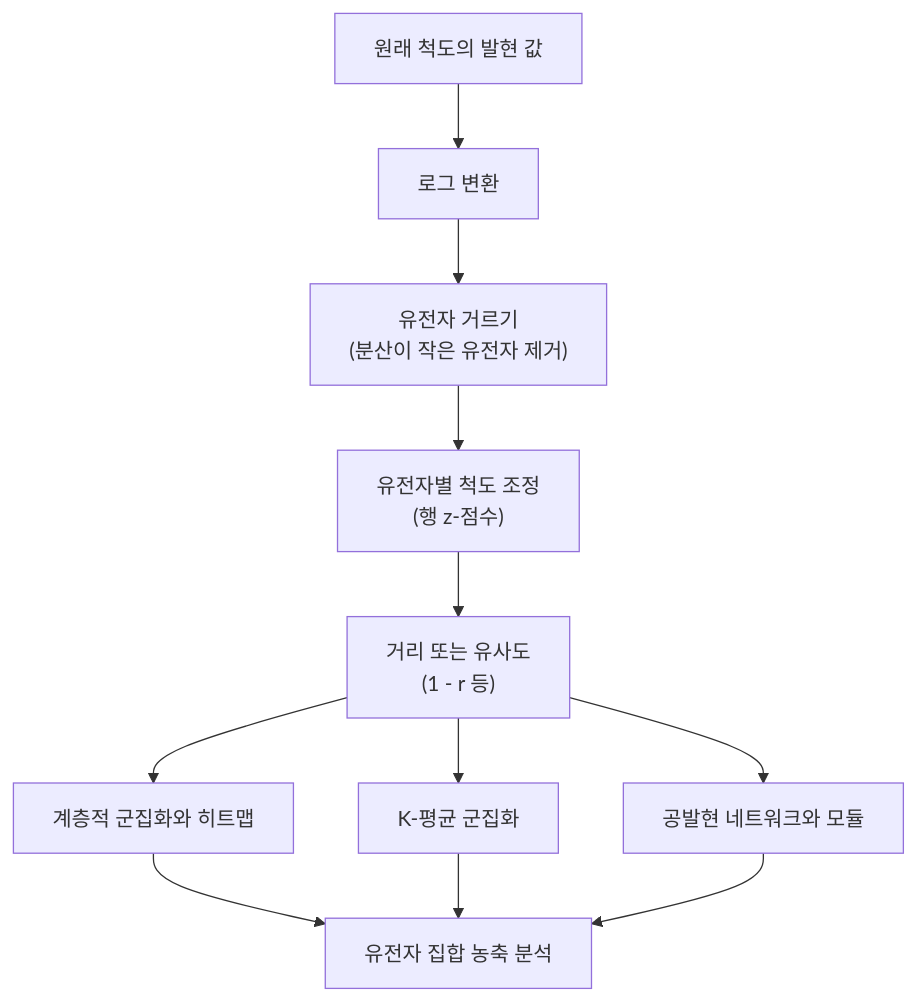
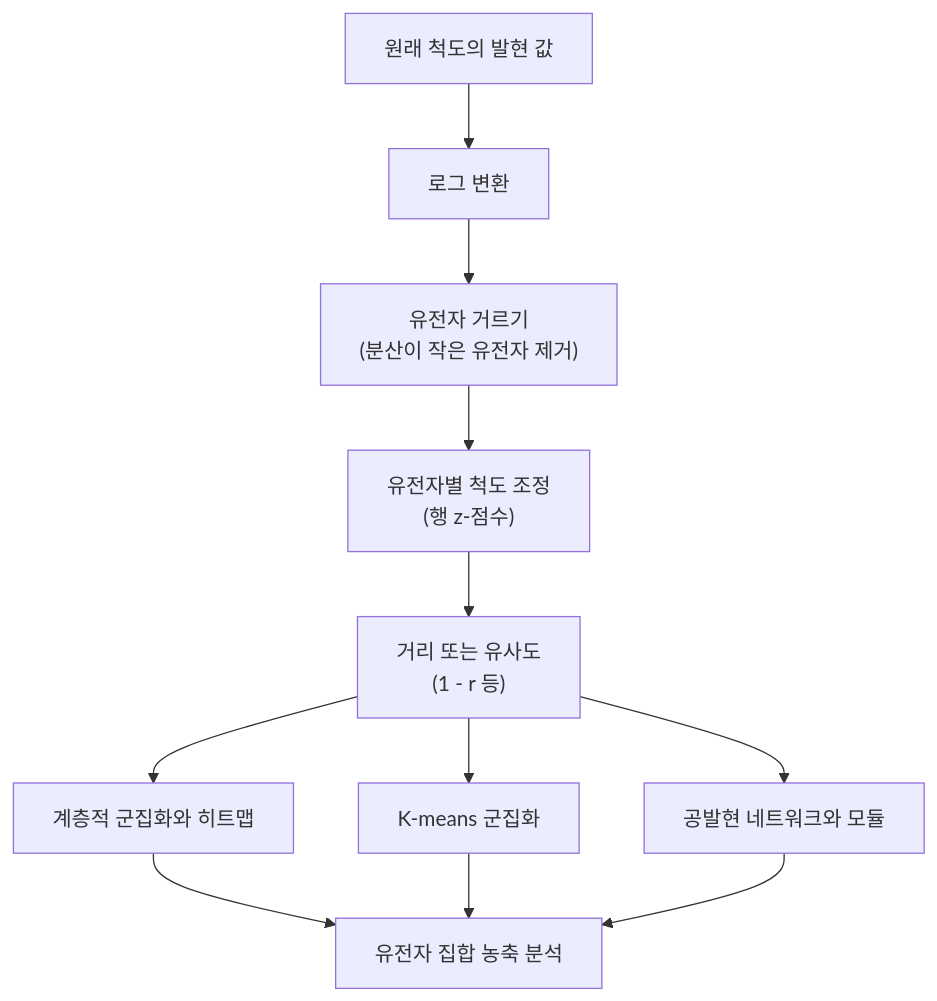
Before and after one commit to Choroning/25Fall_Convergence-Informatics: the first of 2 diagrams in Lecture-Notes/Ch11_Gene-Expression-Profiling-with-Clustering-and-Networks/Concepts_Lecture.ko.md, drawn with Mermaid. The commit also changed other lines of this file and 17 other files, not shown here.

````diff
--- a/Lecture-Notes/Ch11_Gene-Expression-Profiling-with-Clustering-and-Networks/Concepts_Lecture.ko.md
+++ b/Lecture-Notes/Ch11_Gene-Expression-Profiling-with-Clustering-and-Networks/Concepts_Lecture.ko.md
@@ -109,13 +109,13 @@
 ```mermaid
 flowchart TD
     A["원래 척도의 발현 값"] --> B["로그 변환"]
     B --> C["유전자 거르기<br>(분산이 작은 유전자 제거)"]
     C --> D["유전자별 척도 조정<br>(행 z-점수)"]
     D --> E["거리 또는 유사도<br>(1 - r 등)"]
     E --> F["계층적 군집화와 히트맵"]
-    E --> G["K-평균 군집화"]
+    E --> G["K-means 군집화"]
     E --> H["공발현 네트워크와 모듈"]
     F --> I["유전자 집합 농축 분석"]
     G --> I
     H --> I
 ```
````
